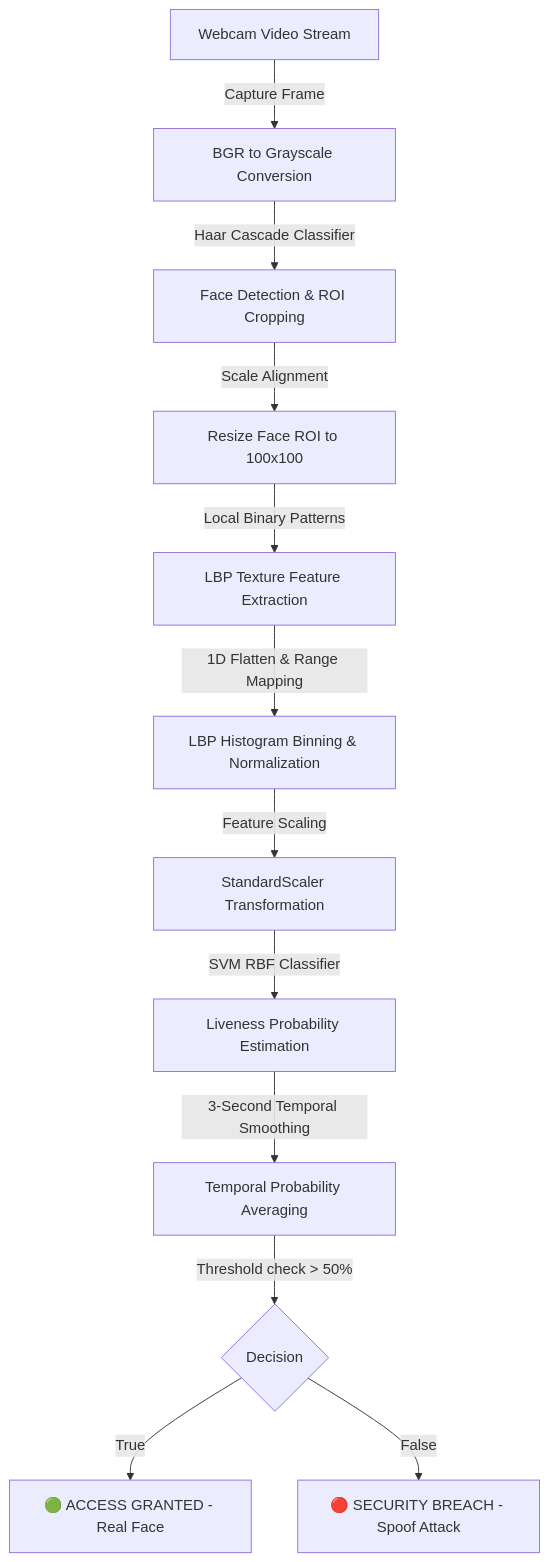
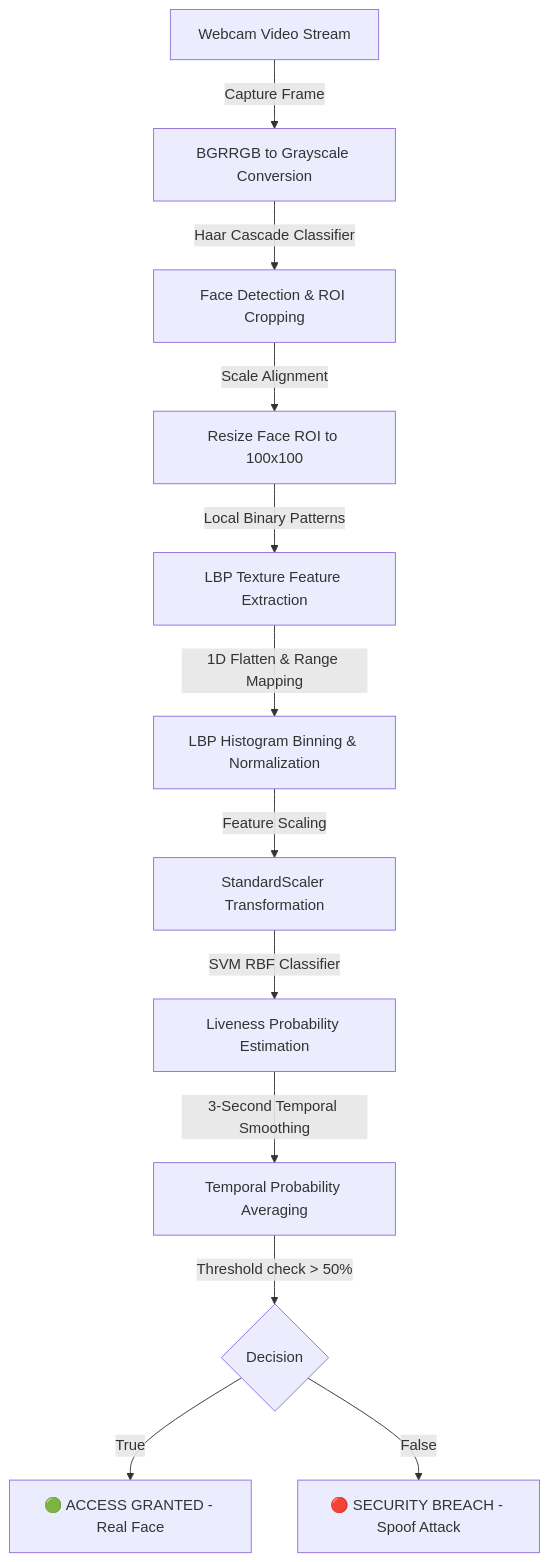
Before and after one commit to Ghanem-MO/Face-Anti-Spoofing: the diagram in README.md, drawn with Mermaid.

Commit message:
docs: update mermaid diagram to reflect BGR to RGB color conversion correction

````diff
--- a/README.md
+++ b/README.md
@@ -63,14 +63,14 @@
 ```mermaid
 graph TD
-    A[Webcam Video Stream] -->|Capture Frame| B[BGR to Grayscale Conversion]
+    A[Webcam Video Stream] -->|Capture Frame| B[BGRRGB to Grayscale Conversion]
     B -->|Haar Cascade Classifier| C[Face Detection & ROI Cropping]
     C -->|Scale Alignment| D[Resize Face ROI to 100x100]
     D -->|Local Binary Patterns| E[LBP Texture Feature Extraction]
     E -->|1D Flatten & Range Mapping| F[LBP Histogram Binning & Normalization]
     F -->|Feature Scaling| G[StandardScaler Transformation]
     G -->|SVM RBF Classifier| H[Liveness Probability Estimation]
     H -->|3-Second Temporal Smoothing| I[Temporal Probability Averaging]
     I -->|Threshold check > 50%| J{Decision}
     J -->|True| K[🟢 ACCESS GRANTED - Real Face]
     J -->|False| L[🔴 SECURITY BREACH - Spoof Attack]
 ```
````
